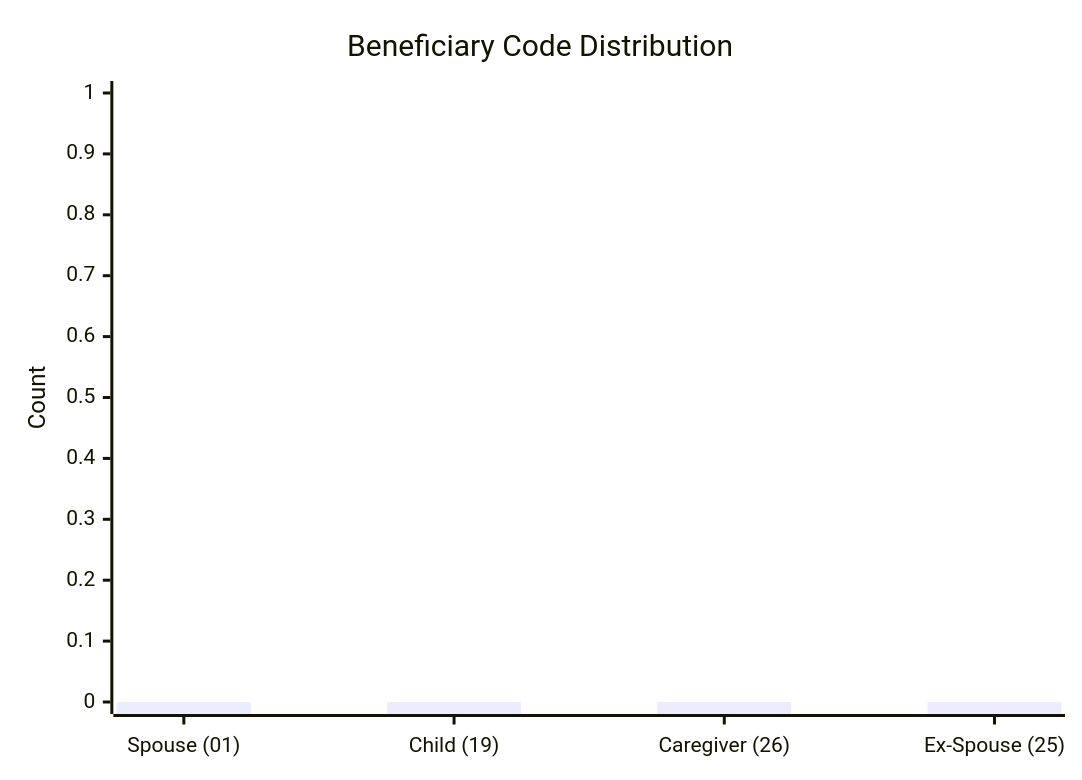
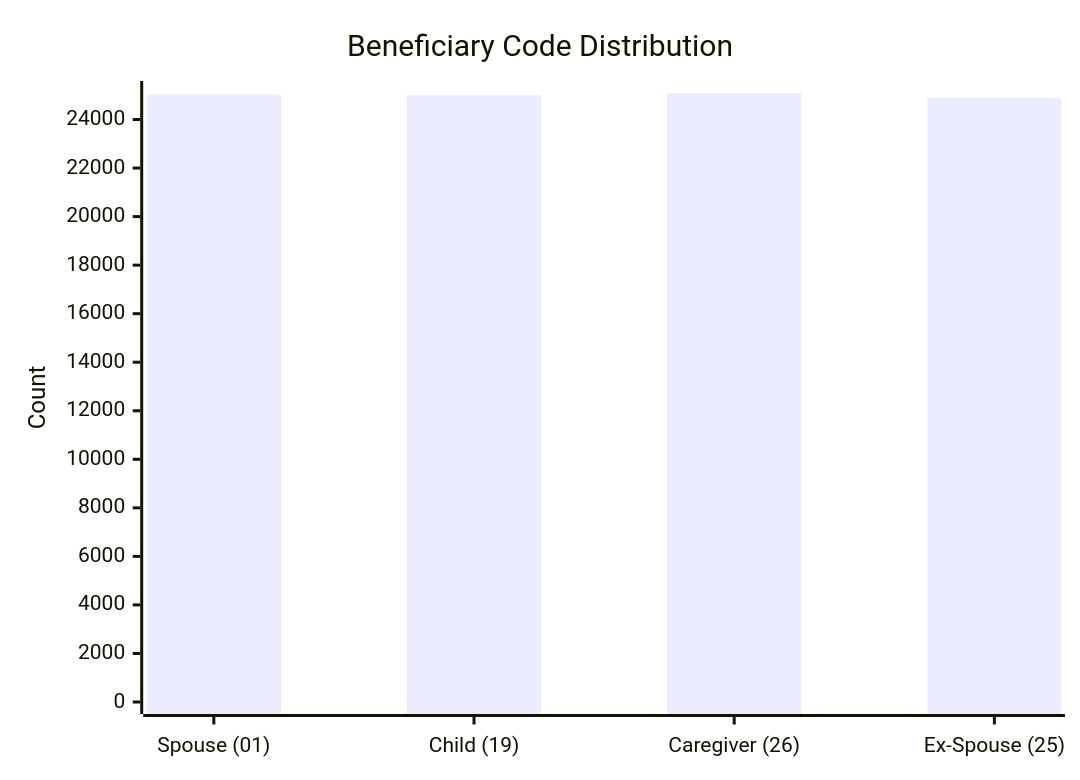
The eighth of 11 diagrams in test-tools/DataGen/src/Statistics_Visualizer.md (dhagan-va/intern-2025), drawn with Mermaid before and after one commit. The commit also changed other lines of this file and 2 other files, not shown here.

Commit message:
update to insure proper flow between 834 and 999

````diff
--- a/test-tools/DataGen/src/Statistics_Visualizer.md
+++ b/test-tools/DataGen/src/Statistics_Visualizer.md
@@ -89,7 +89,7 @@
 ```mermaid
 xychart-beta
     title "Beneficiary Code Distribution"
     x-axis ["Spouse (01)", "Child (19)", "Caregiver (26)", "Ex-Spouse (25)"]
-    y-axis "Count" 0 --> 1
-    bar [0, 0, 0, 0]
+    y-axis "Count" 0 --> 25093
+    bar [25030, 24999, 25092, 24879]
 ```
````
